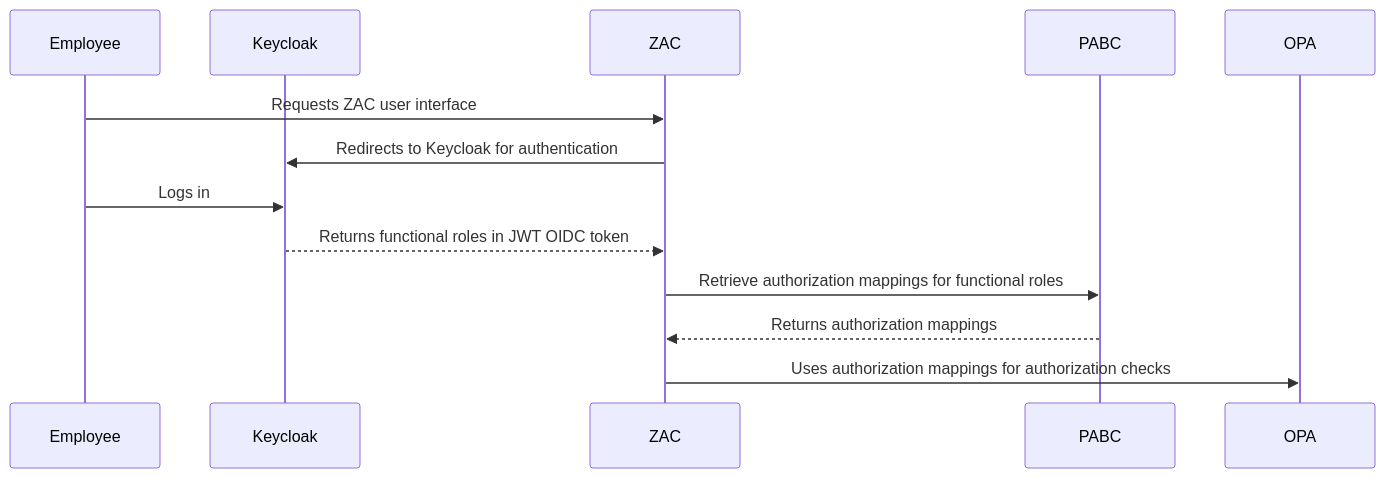
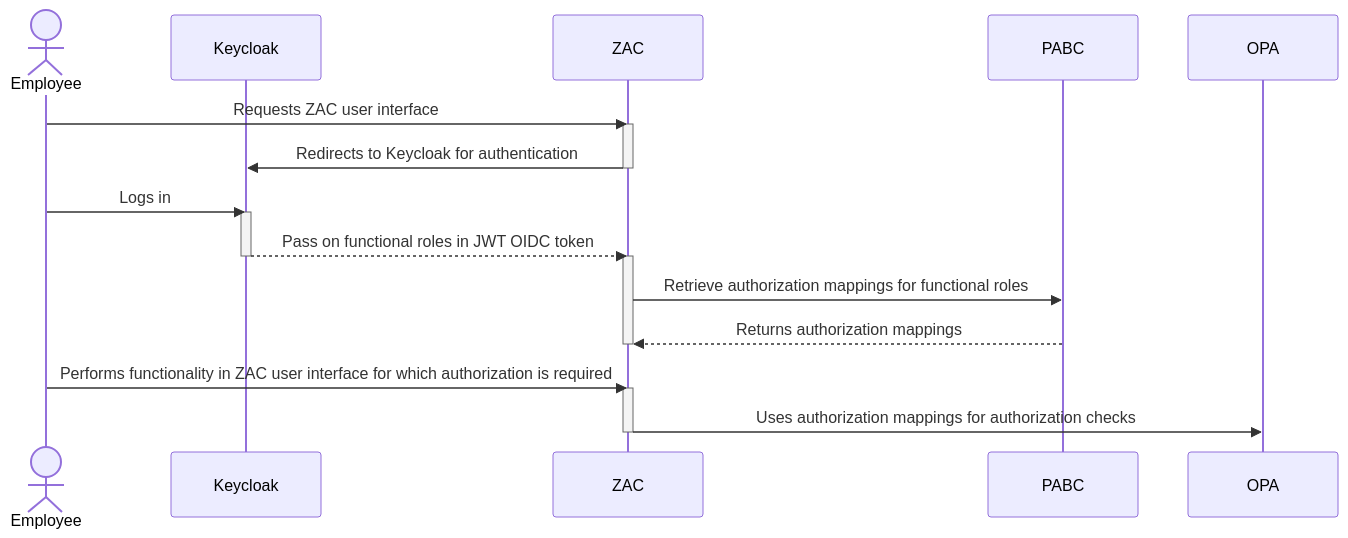
One commit to infonl/dimpact-zaakafhandelcomponent changed the third of 3 diagrams in docs/solution-architecture/iamArchitecture.md. Above: the diagram before and after it, drawn with Mermaid.

Commit message:
chore: updated ZAC IAM architecture documentation

````diff
--- a/docs/solution-architecture/iamArchitecture.md
+++ b/docs/solution-architecture/iamArchitecture.md
@@ -126,15 +126,24 @@
 ```mermaid
 sequenceDiagram
-    participant Employee
+    actor Employee
     participant Keycloak
     participant ZAC
     participant PABC
 
     Employee->>ZAC: Requests ZAC user interface
+    activate ZAC
     ZAC->>Keycloak: Redirects to Keycloak for authentication
+    deactivate ZAC
     Employee->>Keycloak: Logs in
-    Keycloak-->>ZAC: Returns functional roles in JWT OIDC token
+    activate Keycloak
+    Keycloak-->>ZAC: Pass on functional roles in JWT OIDC token
+    deactivate Keycloak
+    activate ZAC
     ZAC->>PABC: Retrieve authorization mappings for functional roles
     PABC-->>ZAC: Returns authorization mappings
+    deactivate ZAC
+    Employee->>ZAC: Performs functionality in ZAC user interface for which authorization is required
+    activate ZAC
     ZAC->>OPA: Uses authorization mappings for authorization checks
+    deactivate ZAC
 ```    
````
